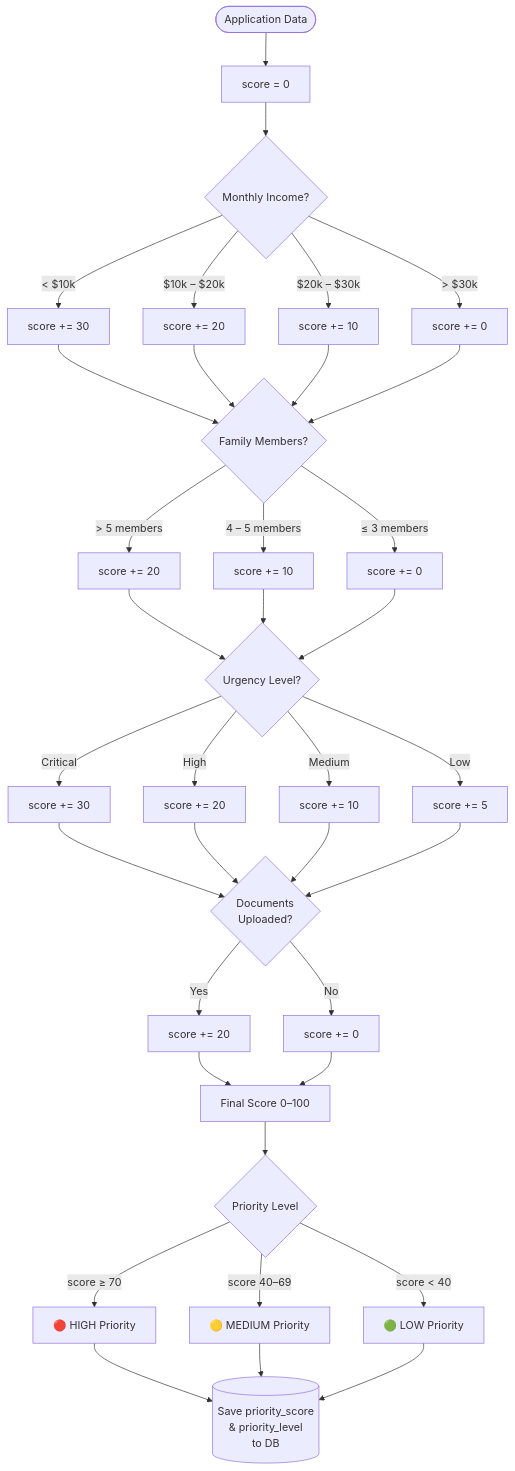
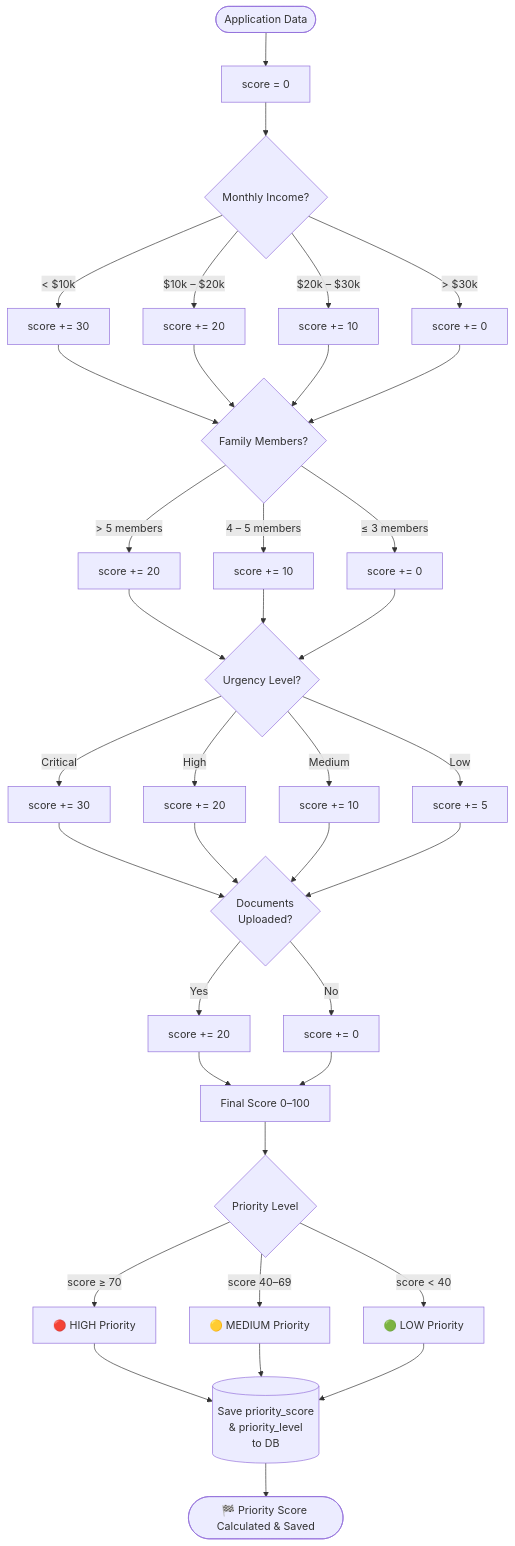
One commit to erabdurrahman/financial_resourse_managment_for_social-_wlefare changed the fifth of 8 diagrams in docs/flow-diagram.md. Above: the diagram before and after it, drawn with Mermaid. The commit also changed other lines of this file, not shown here.

First line of the commit message:
Add end terminal nodes to all flow diagrams in docs/flow-diagram.md

````diff
--- a/docs/flow-diagram.md
+++ b/docs/flow-diagram.md
@@ -143,48 +165,50 @@
 ```mermaid
 flowchart TD
     Input([Application Data]) --> InitScore[score = 0]
 
     InitScore --> IncomeCheck{Monthly Income?}
     IncomeCheck -- "< $10k" --> Inc30[score += 30]
     IncomeCheck -- "$10k – $20k" --> Inc20[score += 20]
     IncomeCheck -- "$20k – $30k" --> Inc10[score += 10]
     IncomeCheck -- "> $30k" --> Inc0[score += 0]
 
     Inc30 --> FamilyCheck{Family Members?}
     Inc20 --> FamilyCheck
     Inc10 --> FamilyCheck
     Inc0 --> FamilyCheck
 
     FamilyCheck -- "> 5 members" --> Fam20[score += 20]
     FamilyCheck -- "4 – 5 members" --> Fam10[score += 10]
     FamilyCheck -- "≤ 3 members" --> Fam0[score += 0]
 
     Fam20 --> UrgencyCheck{Urgency Level?}
     Fam10 --> UrgencyCheck
     Fam0 --> UrgencyCheck
 
     UrgencyCheck -- Critical --> Urg30[score += 30]
     UrgencyCheck -- High --> Urg20[score += 20]
     UrgencyCheck -- Medium --> Urg10[score += 10]
     UrgencyCheck -- Low --> Urg5[score += 5]
 
     Urg30 --> DocCheck{Documents\nUploaded?}
     Urg20 --> DocCheck
     Urg10 --> DocCheck
     Urg5 --> DocCheck
 
     DocCheck -- Yes --> Doc20[score += 20]
     DocCheck -- No --> Doc0[score += 0]
 
     Doc20 --> FinalScore[Final Score 0–100]
     Doc0 --> FinalScore
 
     FinalScore --> PriorityLevel{Priority Level}
     PriorityLevel -- "score ≥ 70" --> High[🔴 HIGH Priority]
     PriorityLevel -- "score 40–69" --> Medium[🟡 MEDIUM Priority]
     PriorityLevel -- "score < 40" --> Low[🟢 LOW Priority]
 
     High --> SavePriority[(Save priority_score\n& priority_level\nto DB)]
     Medium --> SavePriority
     Low --> SavePriority
+
+    SavePriority --> ScoreEnd([🏁 Priority Score Calculated & Saved])
 ```
````
